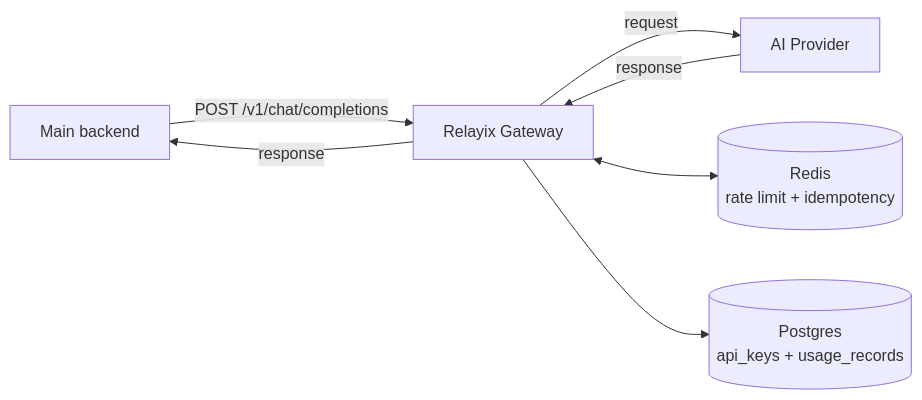
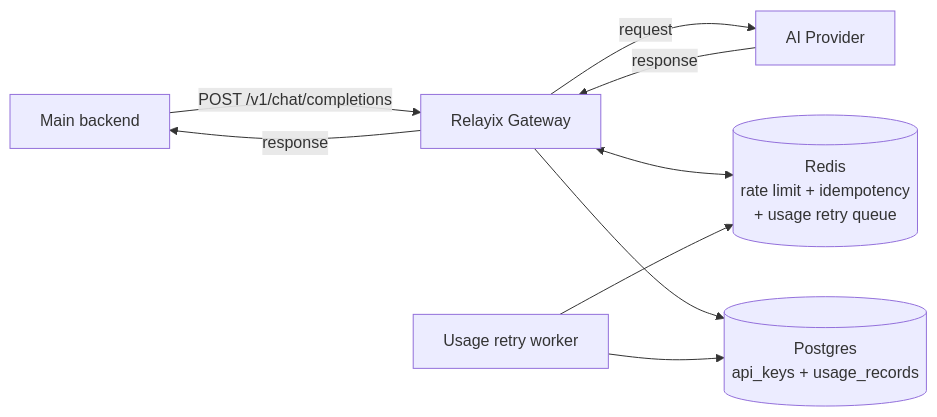
The diagram in README.md (MaximoBerth0/Relayix), drawn with Mermaid before and after one commit. The commit also changed other lines of this file and 29 other files, not shown here.

Commit message:
[usage] add retry worker in ECS | add redis replication | fix idempotency in long streaming

````diff
--- a/README.md
+++ b/README.md
@@ -14,9 +14,11 @@
 ```mermaid
 flowchart LR
     A[Main backend] -- "POST /v1/chat/completions" --> B[Relayix Gateway]
     B -- response --> A
     B -- request --> G[AI Provider]
     G -- response --> B
-    B <--> R[("Redis<br/>rate limit + idempotency")]
+    B <--> R[("Redis<br/>rate limit + idempotency<br/>+ usage retry queue")]
     B --> D[("Postgres<br/>api_keys + usage_records")]
+    W[Usage retry worker] --> R
+    W --> D
 ```
````
